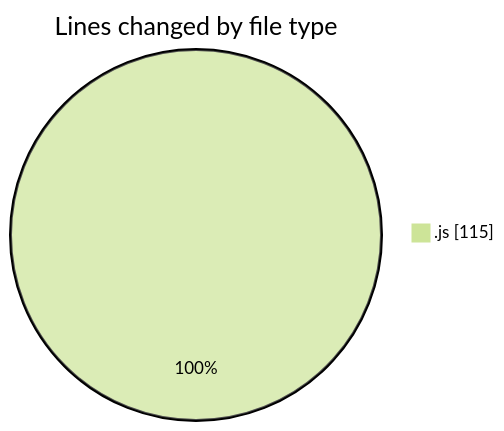
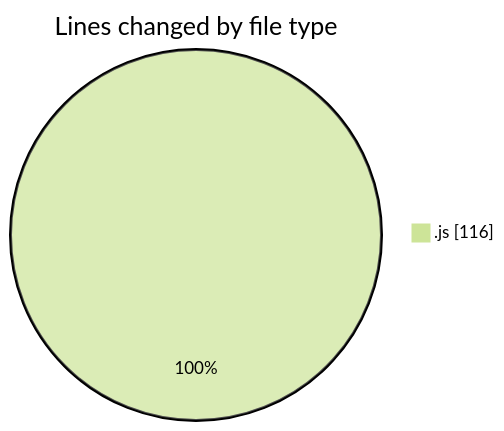
The first of 2 diagrams in 2026-02-02/cda/README.md (momahboobian/code-tracking), drawn with Mermaid (forest theme) before and after one commit. The commit also changed other lines of this file and 1 other file, not shown here.

````diff
--- a/2026-02-02/cda/README.md
+++ b/2026-02-02/cda/README.md
@@ -20,5 +20,5 @@
 ```mermaid
 pie showData
 title Lines changed by file type
-".js" : 115
+".js" : 116
 ```
````
